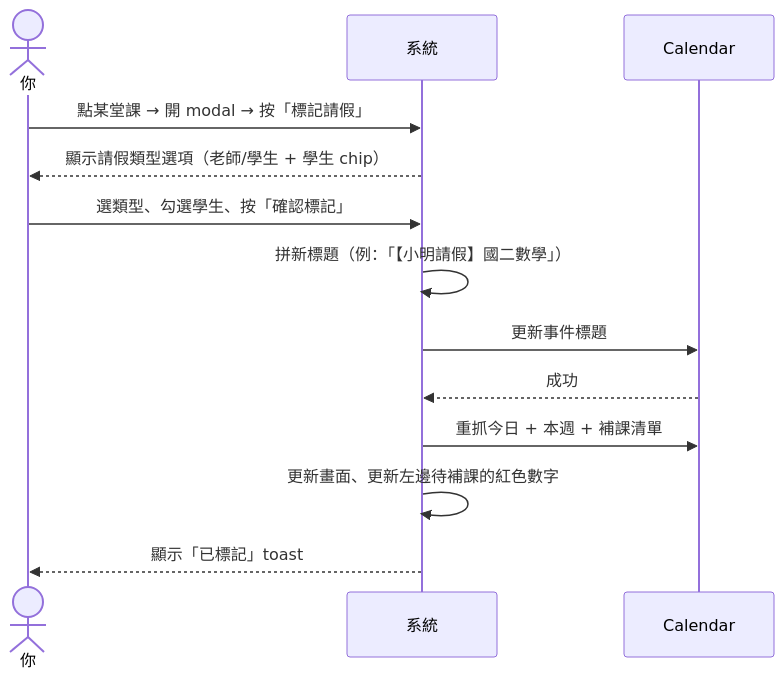
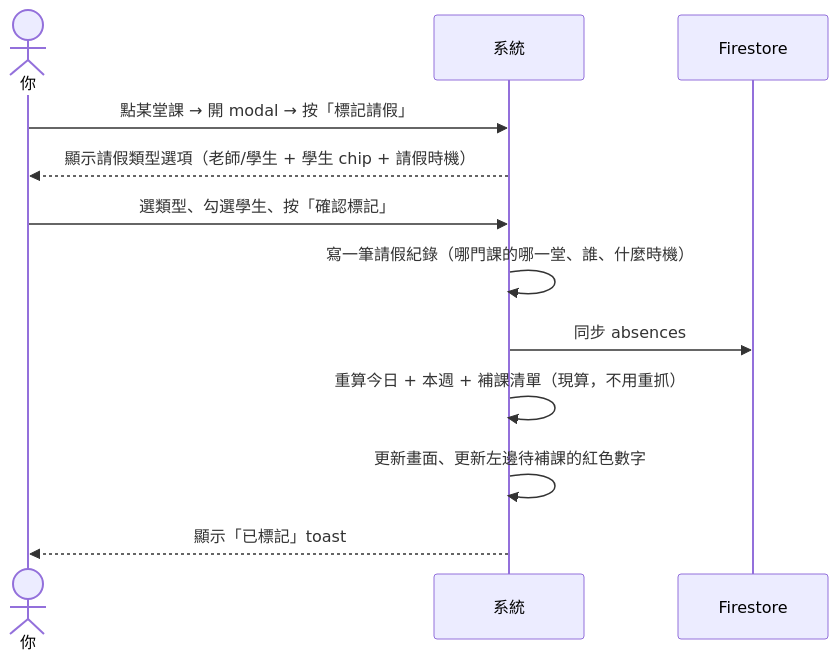
Before and after one commit to jyunz47/hobe-system: the fourth of 6 diagrams in mds/系統地圖.md, drawn with Mermaid. The commit also changed other lines of this file and 6 other files, not shown here.

````diff
--- a/mds/系統地圖.md
+++ b/mds/系統地圖.md
@@ -249,16 +245,15 @@
 ```mermaid
 sequenceDiagram
     actor 你
     participant 系統
-    participant Calendar
+    participant Firestore
 
     你->>系統: 點某堂課 → 開 modal → 按「標記請假」
-    系統-->>你: 顯示請假類型選項（老師/學生 + 學生 chip）
+    系統-->>你: 顯示請假類型選項（老師/學生 + 學生 chip + 請假時機）
     你->>系統: 選類型、勾選學生、按「確認標記」
-    系統->>系統: 拼新標題（例：「【小明請假】國二數學」）
-    系統->>Calendar: 更新事件標題
-    Calendar-->>系統: 成功
-    系統->>Calendar: 重抓今日 + 本週 + 補課清單
+    系統->>系統: 寫一筆請假紀錄（哪門課的哪一堂、誰、什麼時機）
+    系統->>Firestore: 同步 absences
+    系統->>系統: 重算今日 + 本週 + 補課清單（現算，不用重抓）
     系統->>系統: 更新畫面、更新左邊待補課的紅色數字
     系統-->>你: 顯示「已標記」toast
 ```
````
